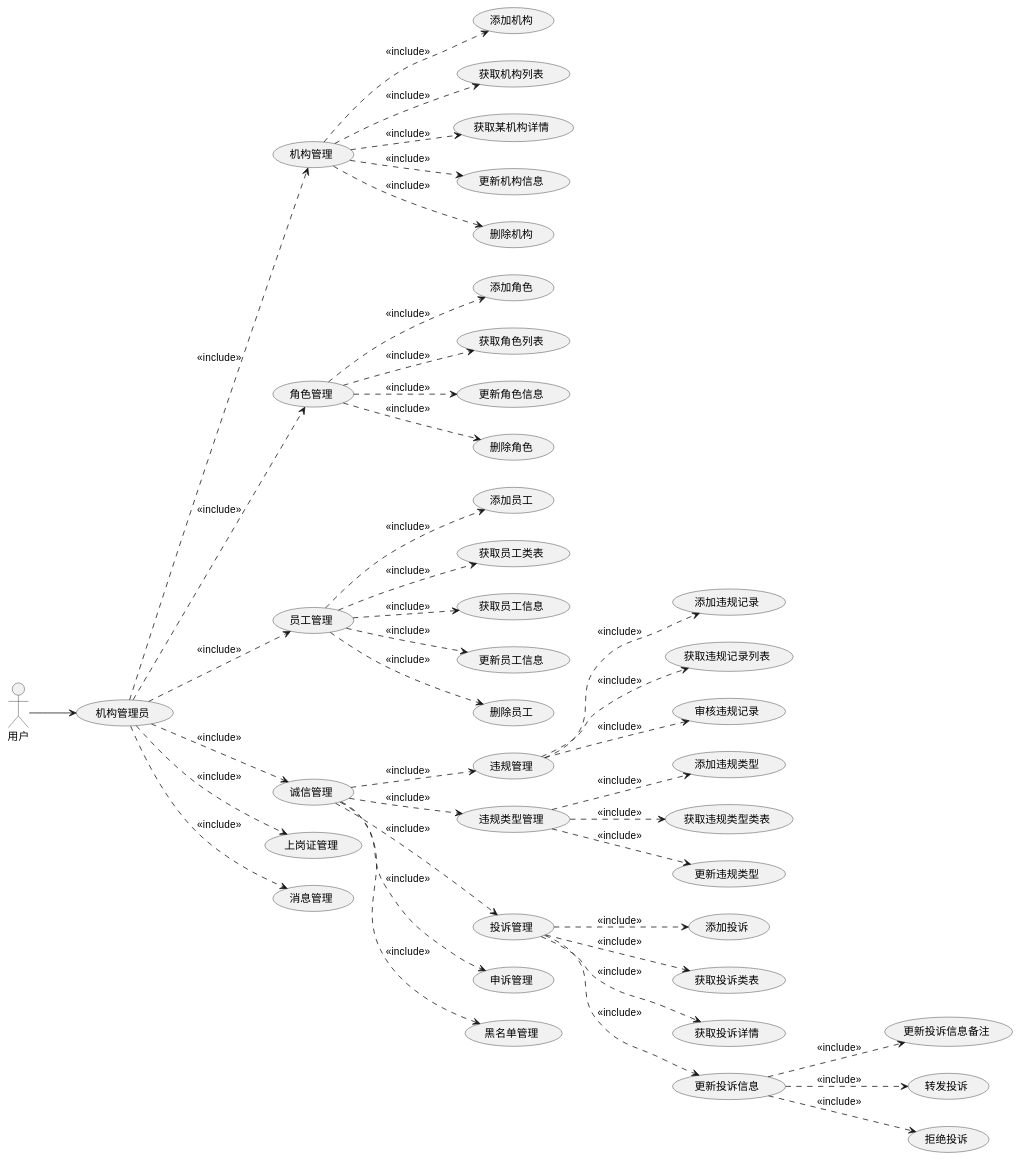
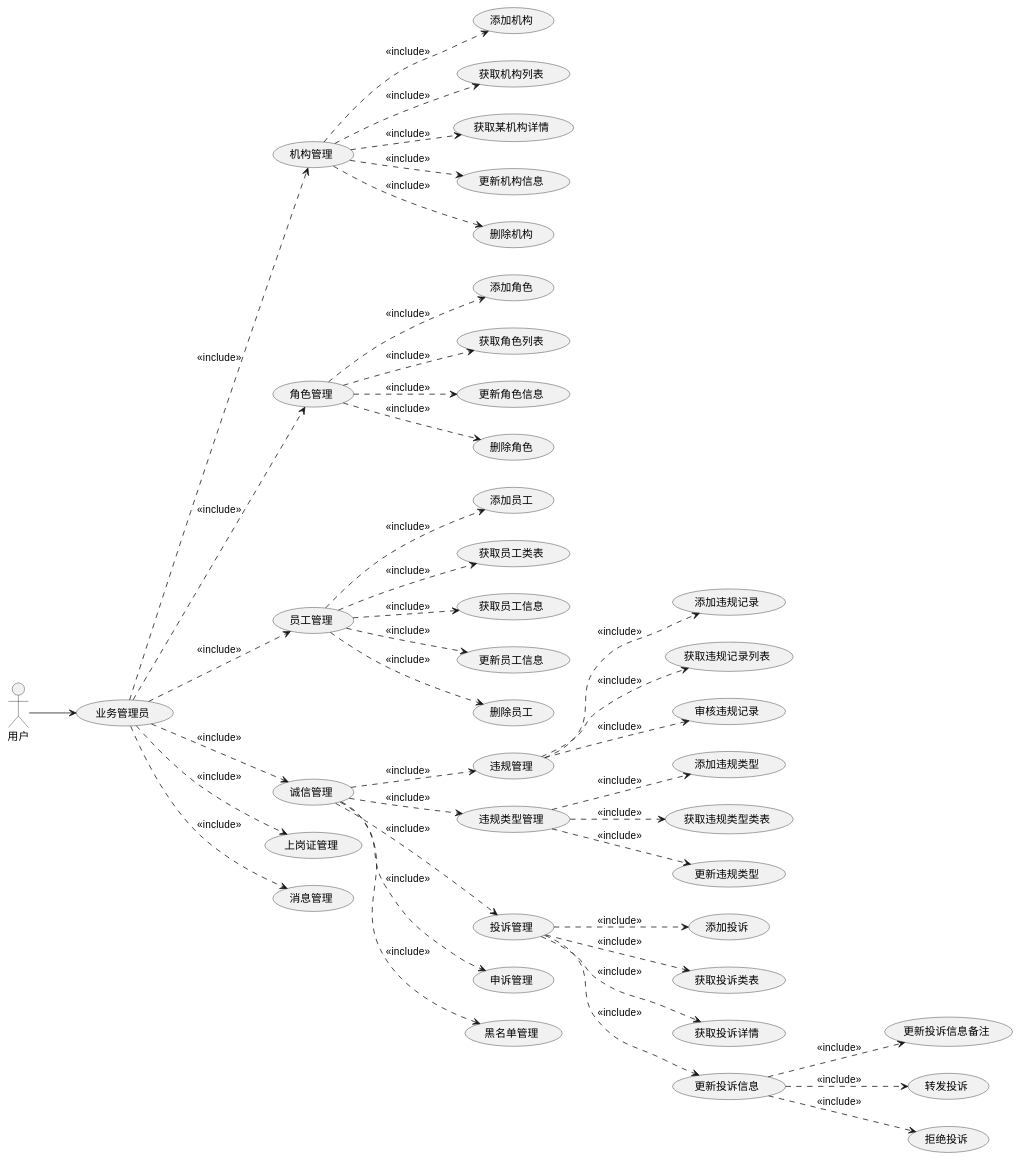
One commit to evildoerX/hyperledger-credit changed the diagram in docs/credit/README.md. Above: the diagram before and after it, drawn with PlantUML. The commit also changed other lines of this file and 1 other file, not shown here.

```diff
--- a/docs/credit/README.md
+++ b/docs/credit/README.md
@@ -13,42 +13,42 @@
 @startuml
 left to right direction
-用户 --> (机构管理员)
-(机构管理员) ..> (机构管理): <<include>>
+用户 --> (业务管理员)
+(业务管理员) ..> (机构管理): <<include>>
 (机构管理) ..> (添加机构): <<include>>
 (机构管理) ..> (获取机构列表): <<include>>
 (机构管理) ..> (获取某机构详情): <<include>>
 (机构管理) ..> (更新机构信息): <<include>>
 (机构管理) ..> (删除机构): <<include>>
-(机构管理员) ..> (角色管理): <<include>>
+(业务管理员) ..> (角色管理): <<include>>
 (角色管理) ..> (添加角色): <<include>>
 (角色管理) ..> (获取角色列表): <<include>>
 (角色管理) ..> (更新角色信息): <<include>>
 (角色管理) ..> (删除角色): <<include>>
-(机构管理员) ..> (员工管理): <<include>>
+(业务管理员) ..> (员工管理): <<include>>
 (员工管理) ..> (添加员工): <<include>>
 (员工管理) ..> (获取员工类表): <<include>>
 (员工管理) ..> (获取员工信息): <<include>>
 (员工管理) ..> (更新员工信息): <<include>>
 (员工管理) ..> (删除员工): <<include>>
-(机构管理员) ..> (诚信管理): <<include>>
+(业务管理员) ..> (诚信管理): <<include>>
 (诚信管理) ..> (违规管理): <<include>>
 (违规管理) ..> (添加违规记录): <<include>>
 (违规管理) ..> (获取违规记录列表): <<include>>
 (违规管理) ..> (审核违规记录): <<include>>
 (诚信管理) ..> (违规类型管理): <<include>>
 (违规类型管理) ..> (添加违规类型): <<include>>
 (违规类型管理) ..> (获取违规类型类表): <<include>>
 (违规类型管理) ..> (更新违规类型): <<include>>
 (诚信管理) ..> (投诉管理): <<include>>
 (投诉管理) ..> (添加投诉): <<include>>
 (投诉管理) ..> (获取投诉类表): <<include>>
 (投诉管理) ..> (获取投诉详情): <<include>>
 (投诉管理) ..> (更新投诉信息): <<include>>
 (更新投诉信息) ..> (更新投诉信息备注): <<include>>
 (更新投诉信息) ..> (转发投诉): <<include>>
 (更新投诉信息) ..> (拒绝投诉): <<include>>
 (诚信管理) ..> (申诉管理): <<include>>
 (诚信管理) ..> (黑名单管理): <<include>>
-(机构管理员) ..> (上岗证管理): <<include>>
-(机构管理员) ..> (消息管理): <<include>>
+(业务管理员) ..> (上岗证管理): <<include>>
+(业务管理员) ..> (消息管理): <<include>>
 @enduml
```
